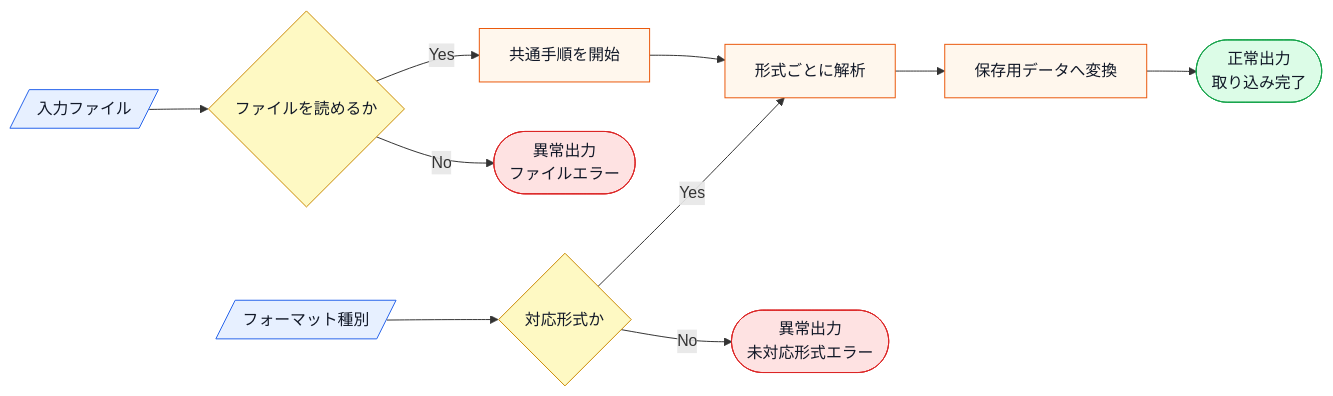
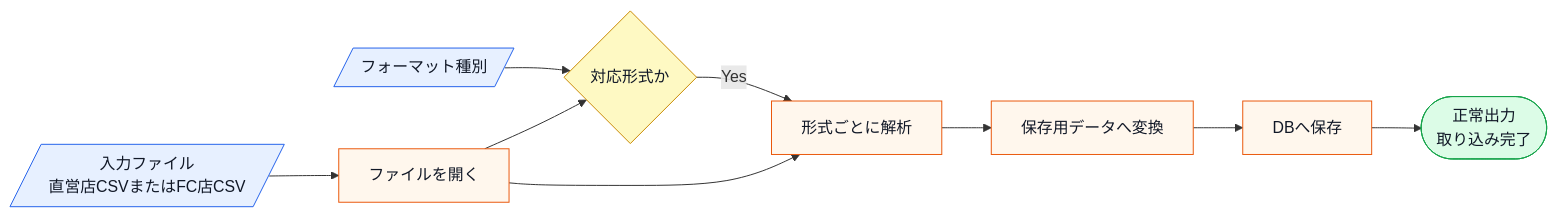
The first of 9 diagrams in kindle/design-patterns/output/chapter04.md (kumachan1101-pixel/DesignPattern), drawn with Mermaid before and after one commit. The commit also changed other lines of this file and 11 other files, not shown here.

Commit message:
docs: 残タスクの仕様図と外部境界を全章反映

````diff
--- a/kindle/design-patterns/output/chapter04.md
+++ b/kindle/design-patterns/output/chapter04.md
@@ -50,18 +57,16 @@
 ```mermaid
 flowchart LR
-    A[/入力ファイル/]:::input --> B{ファイルを読めるか}:::decision
+    A[/入力ファイル<br>直営店CSVまたはFC店CSV/]:::input --> E[ファイルを開く]:::process
     C[/フォーマット種別/]:::input --> D{対応形式か}:::decision
-    B -->|Yes| E[共通手順を開始]:::process
+    E --> D
     D -->|Yes| F[形式ごとに解析]:::process
     E --> F
     F --> G[保存用データへ変換]:::process
-    G --> H([正常出力<br>取り込み完了]):::normal
-    B -->|No| I([異常出力<br>ファイルエラー]):::error
-    D -->|No| J([異常出力<br>未対応形式エラー]):::error
+    G --> S[DBへ保存]:::process
+    S --> H([正常出力<br>取り込み完了]):::normal
 
     classDef input fill:#e7f0ff,stroke:#2563eb,color:#111827;
     classDef process fill:#fff7ed,stroke:#ea580c,color:#111827;
     classDef decision fill:#fef9c3,stroke:#ca8a04,color:#111827;
     classDef normal fill:#dcfce7,stroke:#16a34a,color:#111827;
-    classDef error fill:#fee2e2,stroke:#dc2626,color:#111827;
 ```
````
